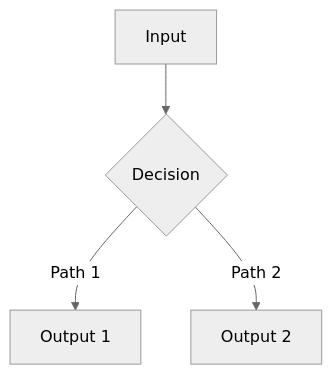
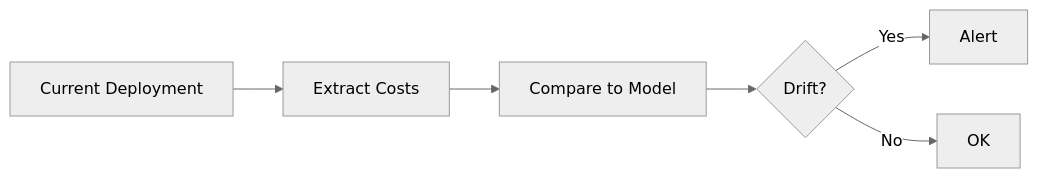
One commit to homatthew/fun-bash-automations changed the diagram in claude/skills/update-pr-description/SKILL.md. Above: the diagram before and after it, drawn with Mermaid (neutral theme). The commit also changed other lines of this file and 8 other files, not shown here.

````diff
--- a/claude/skills/update-pr-description/SKILL.md
+++ b/claude/skills/update-pr-description/SKILL.md
@@ -70,6 +92,8 @@
 ```mermaid
-graph TB
-    A[Input] --> B{Decision}
-    B -->|Path 1| C[Output 1]
-    B -->|Path 2| D[Output 2]
+graph LR
+    A[Current Deployment] --> B[Extract Costs]
+    B --> C[Compare to Model]
+    C --> D{Drift?}
+    D -->|Yes| E[Alert]
+    D -->|No| F[OK]
 ```
````
